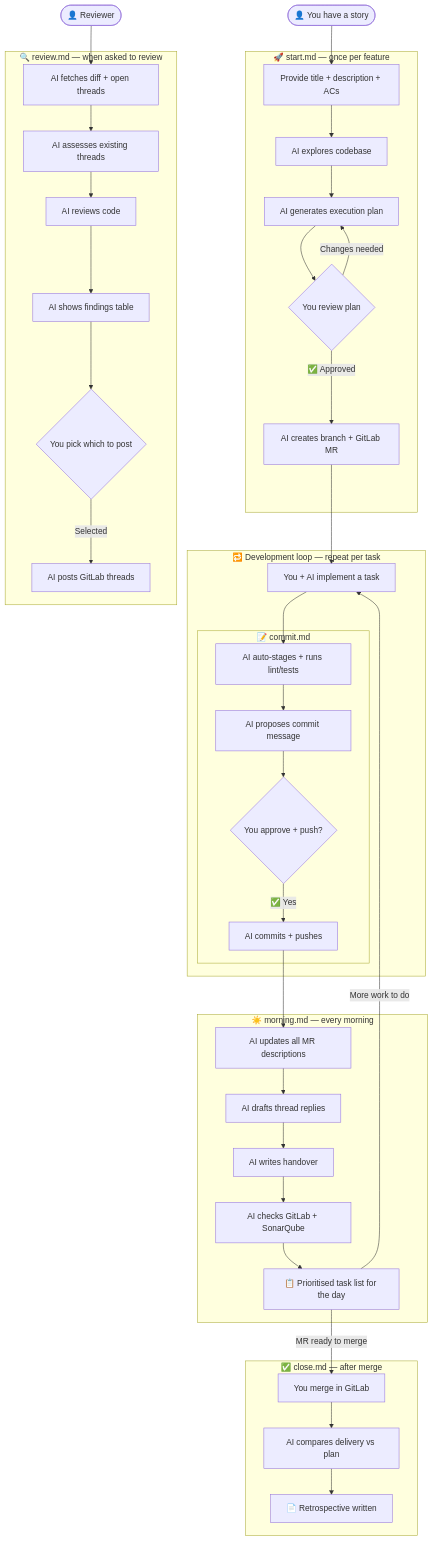
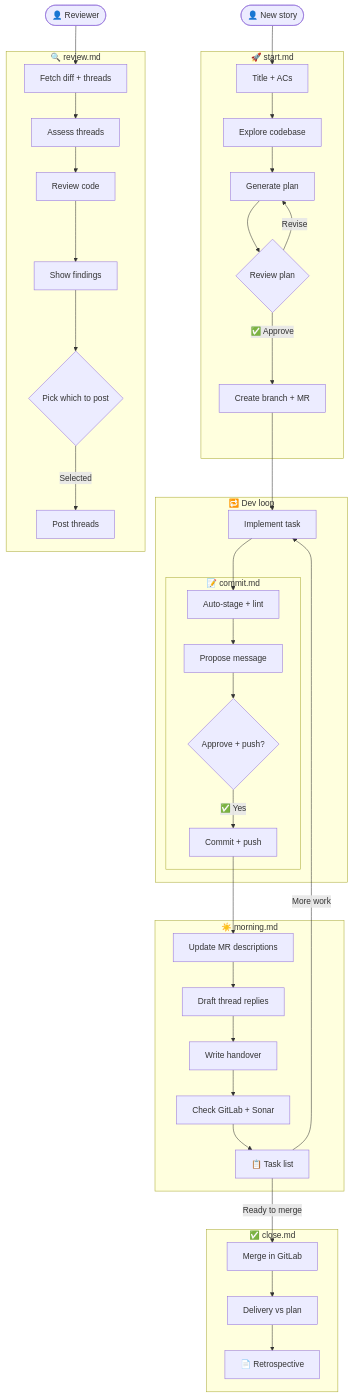
Before and after one commit to siwardean/cline-workflow: the first of 2 diagrams in README.md, drawn with Mermaid. The commit also changed other lines of this file, not shown here.

Commit message:
docs: shorten mermaid node labels to prevent truncation
All flowchart node text trimmed to ≤35 chars so mermaid renders
boxes at a readable size without clipping. Sequence diagram arrow
labels shortened for the same reason.

https://claude.ai/code/session_01KbcH73n3BF1EWh9Mv8rNMk

````diff
--- a/README.md
+++ b/README.md
@@ -11,49 +11,49 @@
 ```mermaid
 flowchart TD
-    A([👤 You have a story]) --> B
+    A([👤 New story]) --> B
 
-    subgraph S["🚀 start.md — once per feature"]
-        B[Provide title + description + ACs] --> C[AI explores codebase]
-        C --> D[AI generates execution plan]
-        D --> E{You review plan}
-        E -->|Changes needed| D
-        E -->|✅ Approved| F[AI creates branch + GitLab MR]
+    subgraph S["🚀 start.md"]
+        B[Title + ACs] --> C[Explore codebase]
+        C --> D[Generate plan]
+        D --> E{Review plan}
+        E -->|Revise| D
+        E -->|✅ Approve| F[Create branch + MR]
     end
 
     F --> G
+    REVIEWER([👤 Reviewer]) --> RA
 
-    subgraph LOOP["🔁 Development loop — repeat per task"]
-        G[You + AI implement a task] --> H
+    subgraph LOOP["🔁 Dev loop"]
+        G[Implement task] --> H
         subgraph COMMIT["📝 commit.md"]
-            H[AI auto-stages + runs lint/tests] --> I[AI proposes commit message]
-            I --> J{You approve + push?}
-            J -->|✅ Yes| K[AI commits + pushes]
+            H[Auto-stage + lint] --> I[Propose message]
+            I --> J{Approve + push?}
+            J -->|✅ Yes| K[Commit + push]
         end
     end
 
-    K --> L
-    REVIEWER([👤 Reviewer]) --> RA
-
-    subgraph REVIEW["🔍 review.md — when asked to review"]
-        RA[AI fetches diff + open threads] --> RB[AI assesses existing threads]
-        RB --> RC[AI reviews code]
-        RC --> RD[AI shows findings table]
-        RD --> RE{You pick which to post}
-        RE -->|Selected| RF[AI posts GitLab threads]
+    subgraph REVIEW["🔍 review.md"]
+        RA[Fetch diff + threads] --> RB[Assess threads]
+        RB --> RC[Review code]
+        RC --> RD[Show findings]
+        RD --> RE{Pick which to post}
+        RE -->|Selected| RF[Post threads]
     end
 
-    subgraph MORNING["☀️ morning.md — every morning"]
-        L[AI updates all MR descriptions] --> M[AI drafts thread replies]
-        M --> N[AI writes handover]
-        N --> O[AI checks GitLab + SonarQube]
-        O --> P[📋 Prioritised task list for the day]
+    K --> L
+
+    subgraph MORNING["☀️ morning.md"]
+        L[Update MR descriptions] --> M[Draft thread replies]
+        M --> N[Write handover]
+        N --> O[Check GitLab + Sonar]
+        O --> P[📋 Task list]
     end
 
-    P -->|More work to do| G
-    P -->|MR ready to merge| Q
+    P -->|More work| G
+    P -->|Ready to merge| Q
 
-    subgraph CLOSE["✅ close.md — after merge"]
-        Q[You merge in GitLab] --> R[AI compares delivery vs plan]
-        R --> T[📄 Retrospective written]
+    subgraph CLOSE["✅ close.md"]
+        Q[Merge in GitLab] --> R[Delivery vs plan]
+        R --> T[📄 Retrospective]
     end
 ```
````
